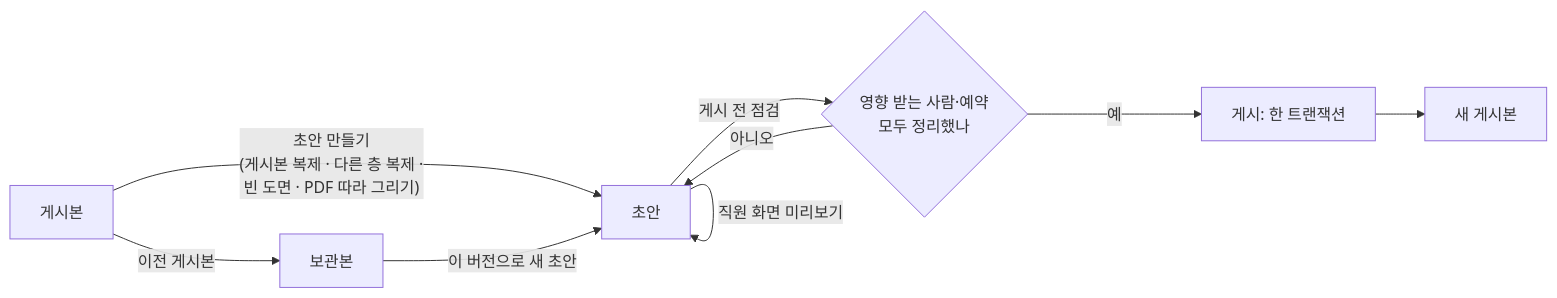
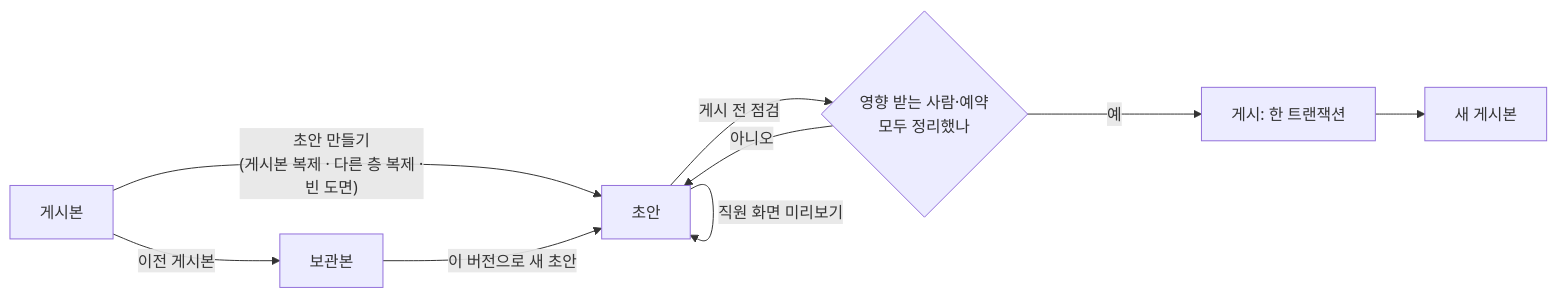
One commit to GREATHOAXER/OfficeMap changed the first of 3 diagrams in docs/design/floor-plan-and-seating.md. Above: the diagram before and after it, drawn with Mermaid. The commit also changed other lines of this file and 24 other files, not shown here.

````diff
--- a/docs/design/floor-plan-and-seating.md
+++ b/docs/design/floor-plan-and-seating.md
@@ -127,12 +129,12 @@
 ```mermaid
 flowchart LR
-  A[게시본] -->|"초안 만들기<br/>(게시본 복제 · 다른 층 복제 ·<br/>빈 도면 · PDF 따라 그리기)"| B[초안]
+  A[게시본] -->|"초안 만들기<br/>(게시본 복제 · 다른 층 복제 ·<br/>빈 도면)"| B[초안]
   B -->|자동 저장| B
   B -->|직원 화면 미리보기| B
   B -->|게시 전 점검| C{영향 받는 사람·예약<br/>모두 정리했나}
   C -->|아니오| B
   C -->|예| D[게시: 한 트랜잭션]
   D --> E[새 게시본]
   A -->|이전 게시본| F[보관본]
   F -->|"이 버전으로 새 초안"| B
 ```
````
